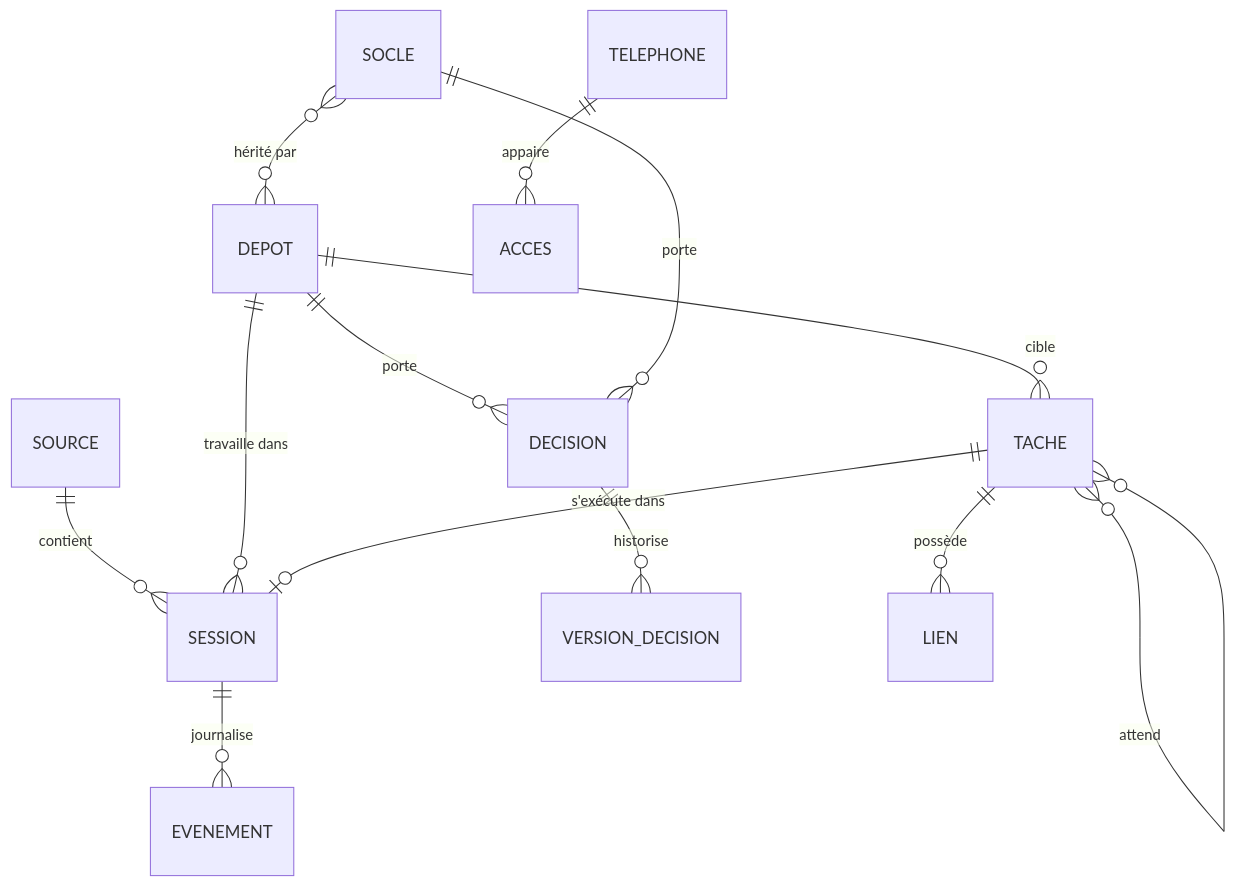
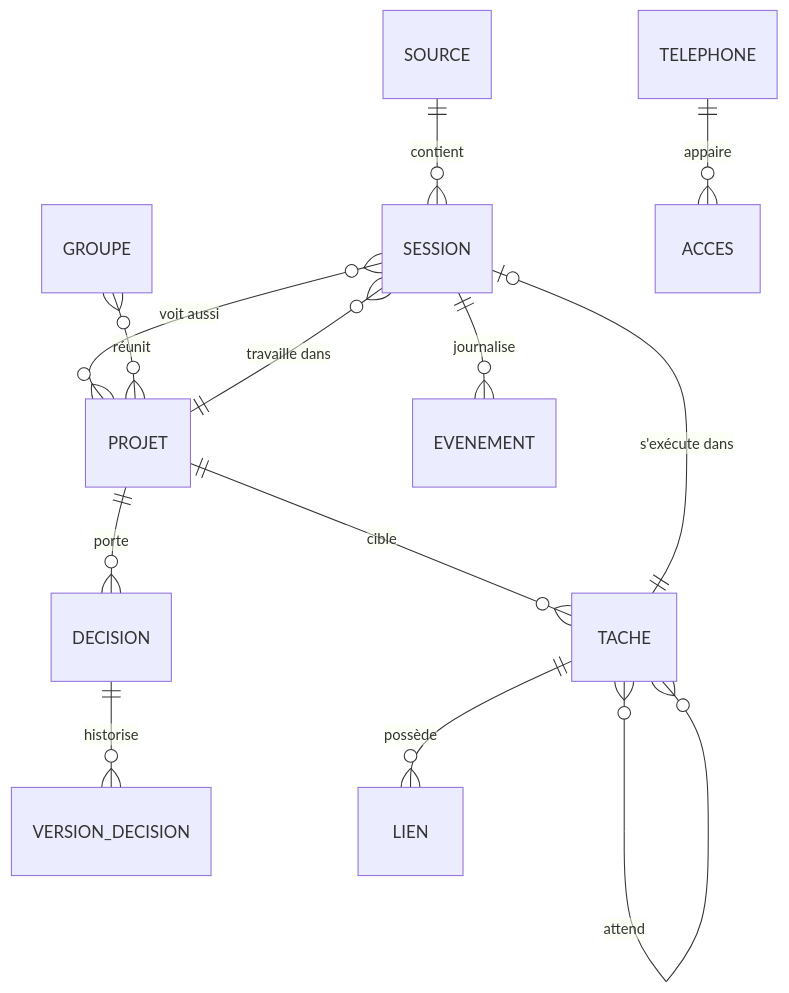
One commit to fpasquet/bosco changed the fifth of 5 diagrams in docs/requirements/architecture.md. Above: the diagram before and after it, drawn with Mermaid. The commit also changed other lines of this file and 130 other files, not shown here.

````diff
--- a/docs/requirements/architecture.md
+++ b/docs/requirements/architecture.md
@@ -105,15 +105,15 @@
 ```mermaid
 erDiagram
   SOURCE ||--o{ SESSION : contient
-  DEPOT ||--o{ SESSION : "travaille dans"
+  PROJET ||--o{ SESSION : "travaille dans"
+  SESSION }o--o{ PROJET : "voit aussi"
+  GROUPE }o--o{ PROJET : "réunit"
   SESSION ||--o{ EVENEMENT : journalise
   TACHE ||--o| SESSION : "s'exécute dans"
-  DEPOT ||--o{ TACHE : cible
+  PROJET ||--o{ TACHE : cible
   TACHE }o--o{ TACHE : "attend"
-  DEPOT ||--o{ DECISION : porte
-  SOCLE ||--o{ DECISION : porte
-  SOCLE }o--o{ DEPOT : "hérité par"
+  PROJET ||--o{ DECISION : porte
   DECISION ||--o{ VERSION_DECISION : historise
   TACHE ||--o{ LIEN : possède
   TELEPHONE ||--o{ ACCES : appaire
 ```
````
